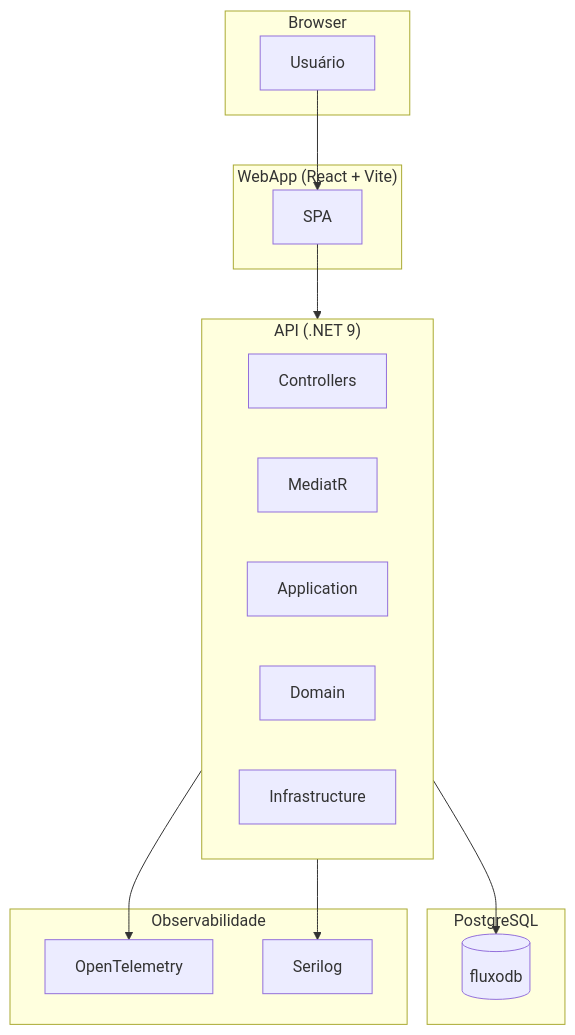
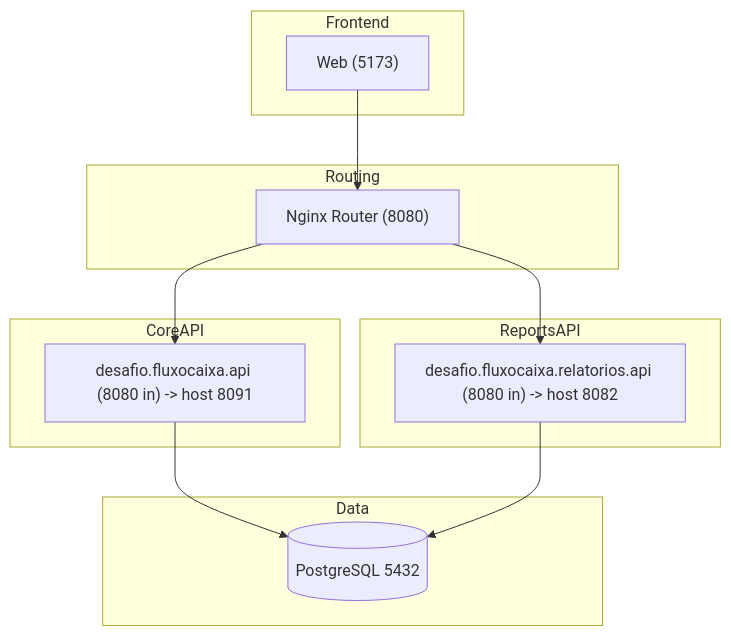
One commit to caiquefirefox/solution-architecture-challenge changed the second of 7 diagrams in README.md. Above: the diagram before and after it, drawn with Mermaid. The commit also changed other lines of this file, not shown here.

````diff
--- a/README.md
+++ b/README.md
@@ -103,32 +130,28 @@
-  ```mermaid
-  flowchart TB
-    subgraph Browser
-      U[Usuário]
-    end
+```mermaid
+flowchart TB
+  subgraph Frontend
+    FE["Web (5173)"]
+  end
 
-    subgraph Frontend["WebApp (React + Vite)"]
-      FE[SPA]
-    end
+  subgraph Routing
+    NX["Nginx Router (8080)"]
+  end
 
-    subgraph Backend["API (.NET 9)"]
-      CTRL[Controllers]
-MED[MediatR]
-APP[Application]
-DOM[Domain]
-INF[Infrastructure]
-    end
+  subgraph CoreAPI
+    API["desafio.fluxocaixa.api (8080 in)" -> host 8091]
+  end
 
-    subgraph Data["PostgreSQL"]
-      DB[(fluxodb)]
-    end
+  subgraph ReportsAPI
+    REP["desafio.fluxocaixa.relatorios.api (8080 in)" -> host 8082]
+  end
 
-    subgraph Observ["Observabilidade"]
-      OT[OpenTelemetry]
-SG[Serilog]
-    end
+  subgraph Data
+    PG[(PostgreSQL 5432)]
+  end
 
-    U --> FE --> Backend
-    Backend --> DB
-    Backend --> OT
-    Backend --> SG
-  ```
+  FE --> NX
+  NX --> API
+  NX --> REP
+  API --> PG
+  REP --> PG
+```
````
